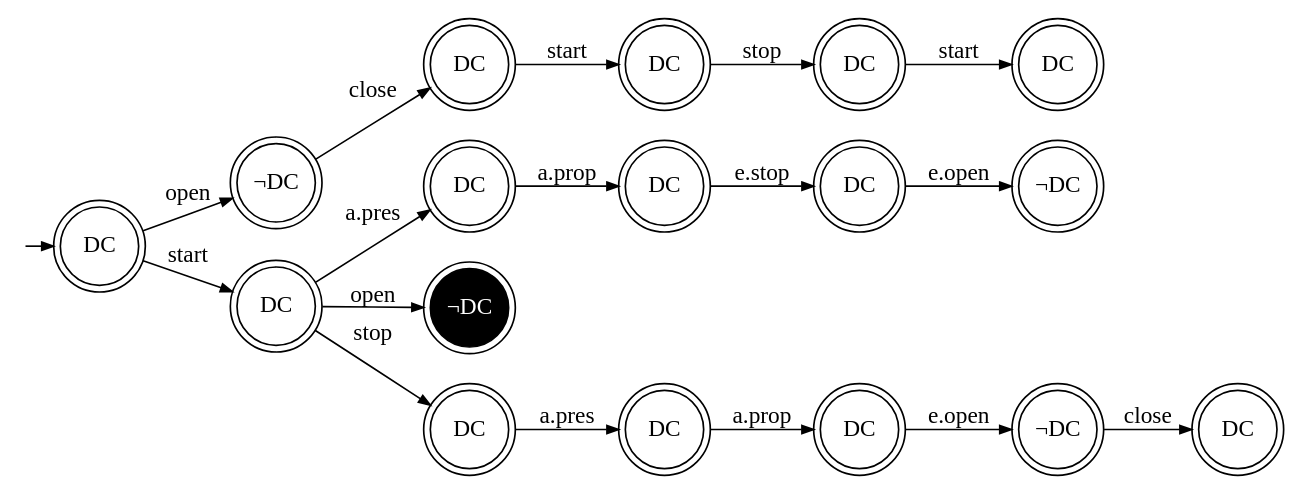
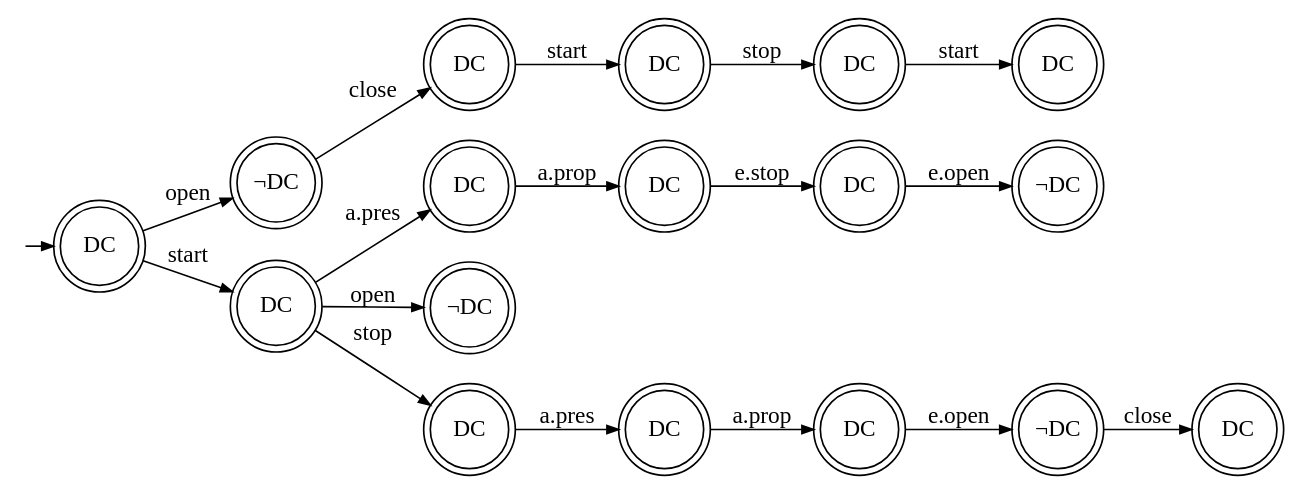
The diagram in writing/src/4-inductive/images/dc-augmented-pta.dot (blambeau/phd), drawn with Graphviz before and after one commit. The commit also changed 11 other files, not shown here.

```diff
--- a/writing/src/4-inductive/images/dc-augmented-pta.dot
+++ b/writing/src/4-inductive/images/dc-augmented-pta.dot
@@ -1,45 +1,44 @@
 digraph "0"{
   graph [pack=true rankdir=LR ranksep=0 margin=0];
   node [shape=doublecircle color=black width=0.65 height=0.65 fixedsize=true]
   edge [arrowsize=0.7]
 
   zz [label="" color="white" fillcolor="white" shape="circle" style="filled" 
       width=0.05 height=0.05 fixedsize=true ];
   zz -> 0 [label=""];
 
   "0" [label="DC"]
   "1" [label="&not;DC"]
   "2" [label="DC"]
   "3" [label="DC"]
   "4" [label="DC"]
   "5" [label="&not;DC"]
   "6" [label="DC"]
   "7" [label="DC"]
   "8" [label="DC"]
   "9" [label="DC"]
   "10" [label="DC"]
   "11" [label="DC"]
   "12" [label="DC"]
   "13" [label="DC"]
   "14" [label="&not;DC"]
   "15" [label="&not;DC"]
   "16" [label="DC"]
 
   "0" -> "1" [ label="open"]
   "0" -> "2" [ label="start"]
   "1" -> "3" [ label="close"]
   "2" -> "4" [ label="a.pres"]
   "2" -> "5" [ label="open" ]
   "2" -> "6" [ label="stop"]
   "3" -> "7" [ label="start"]
   "4" -> "8" [ label="a.prop"]
   "6" -> "9" [ label="a.pres"]
   "7" -> "10" [ label="stop"]
   "8" -> "11" [ label="e.stop"]
   "9" -> "12" [ label="a.prop"]
   "10" -> "13" [ label="start"]
   "11" -> "14" [ label="e.open"]
   "12" -> "15" [ label="e.open"]
   "15" -> "16" [ label="close"]
-  "5" [ fontcolor=white fillcolor="black" style="filled" color=black]
 }
```
